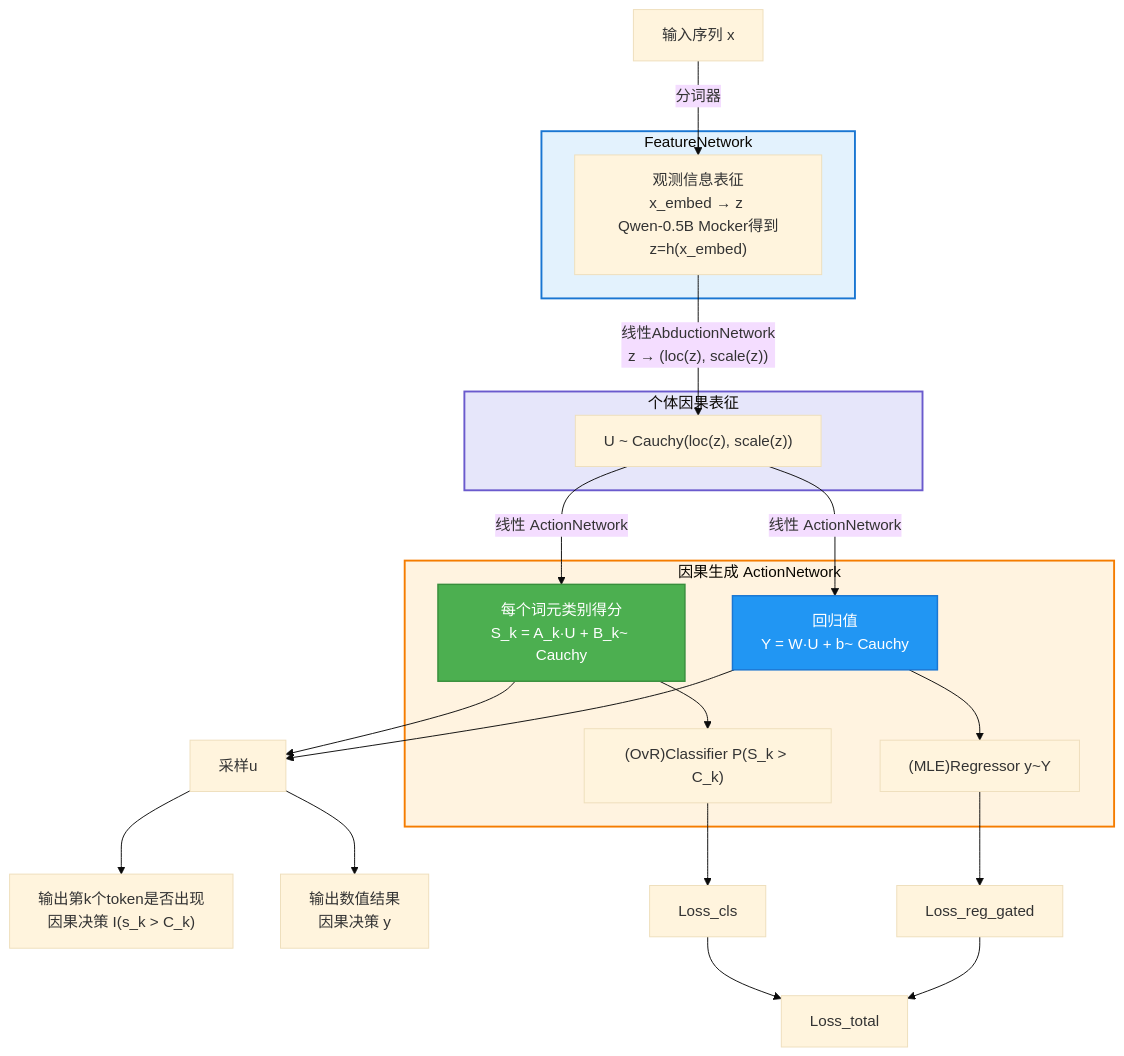
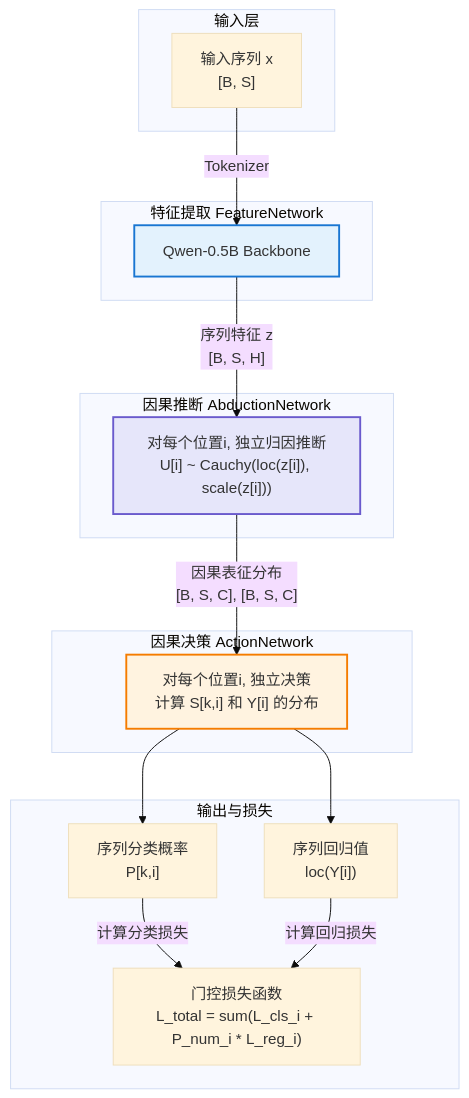
Before and after one commit to 1587causalai/CausalQwen: the first of 2 diagrams in design-docs/core-design.md, drawn with Mermaid (base theme). The commit also changed other lines of this file and 30 other files, not shown here.

````diff
--- a/design-docs/core-design.md
+++ b/design-docs/core-design.md
@@ -41,34 +41,36 @@
 ```mermaid
 graph TD
-    input_x["输入序列 x"] --"分词器"--> feature_z
-    
-    subgraph FN [" FeatureNetwork"]
-        feature_z["观测信息表征<br/>x_embed → z <br/>Qwen-0.5B Mocker得到z=h(x_embed)"]
+    subgraph "输入层"
+        A["输入序列 x<br>[B, S]"]
     end
-    
-    feature_z -- "线性AbductionNetwork<br/>z → (loc(z), scale(z))" --> causal_U
-    
-    subgraph ABN ["个体因果表征"]
-        causal_U["U ~ Cauchy(loc(z), scale(z))"]
+
+    subgraph "特征提取 FeatureNetwork"
+        B["Qwen-0.5B Backbone"]
     end
-    
-    subgraph ACN ["因果生成 ActionNetwork"]
-        causal_U -- "线性 ActionNetwork" --> classification_action["每个词元类别得分<br/>S_k = A_k·U + B_k~ Cauchy"]
-        causal_U -- "线性 ActionNetwork" --> regression_action["回归值<br/>Y = W·U + b~ Cauchy"]
-        classification_action --> ovr_prediction["(OvR)Classifier P(S_k > C_k)"]
-        regression_action --> regression_prediction["(MLE)Regressor y~Y"]       
 
+    subgraph "因果推断 AbductionNetwork"
+        D["对每个位置i, 独立归因推断<br>U[i] ~ Cauchy(loc(z[i]), scale(z[i]))"]
     end
-    
-    classification_action --> 采样u--> probability_output["输出第k个token是否出现 <br/> 因果决策 I(s_k > C_k)"]
-    regression_action --> 采样u --> numerical_output["输出数值结果 <br/> 因果决策 y"]
-    ovr_prediction --> Loss_cls --> Loss_total
-    regression_prediction --> Loss_reg_gated--> Loss_total
 
-    
-    style FN fill:#e3f2fd,stroke:#1976d2,stroke-width:2px
-    style ABN fill:#e6e6fa,stroke:#6a5acd,stroke-width:2px
-    style ACN fill:#fff3e0,stroke:#f57c00,stroke-width:2px
-    style classification_action fill:#4caf50,color:#fff,stroke:#388e3c,stroke-width:1.5px
-    style regression_action fill:#2196f3,color:#fff,stroke:#1976d2,stroke-width:1.5px
+    subgraph "因果决策 ActionNetwork"
+        F["对每个位置i, 独立决策<br>计算 S[k,i] 和 Y[i] 的分布"]
+    end
+
+    subgraph "输出与损失"
+        G["序列分类概率<br>P[k,i]"]
+        H["序列回归值<br>loc(Y[i])"]
+        I["门控损失函数<br>L_total = sum(L_cls_i + P_num_i * L_reg_i)"]
+    end
+
+    A -- "Tokenizer" --> B
+    B -- "序列特征 z<br>[B, S, H]" --> D
+    D -- "因果表征分布<br>[B, S, C], [B, S, C]" --> F
+    F --> G
+    F --> H
+    G -- "计算分类损失" --> I
+    H -- "计算回归损失" --> I
+
+    style B fill:#e3f2fd,stroke:#1976d2,stroke-width:2px
+    style D fill:#e6e6fa,stroke:#6a5acd,stroke-width:2px
+    style F fill:#fff3e0,stroke:#f57c00,stroke-width:2px
 ```
````
